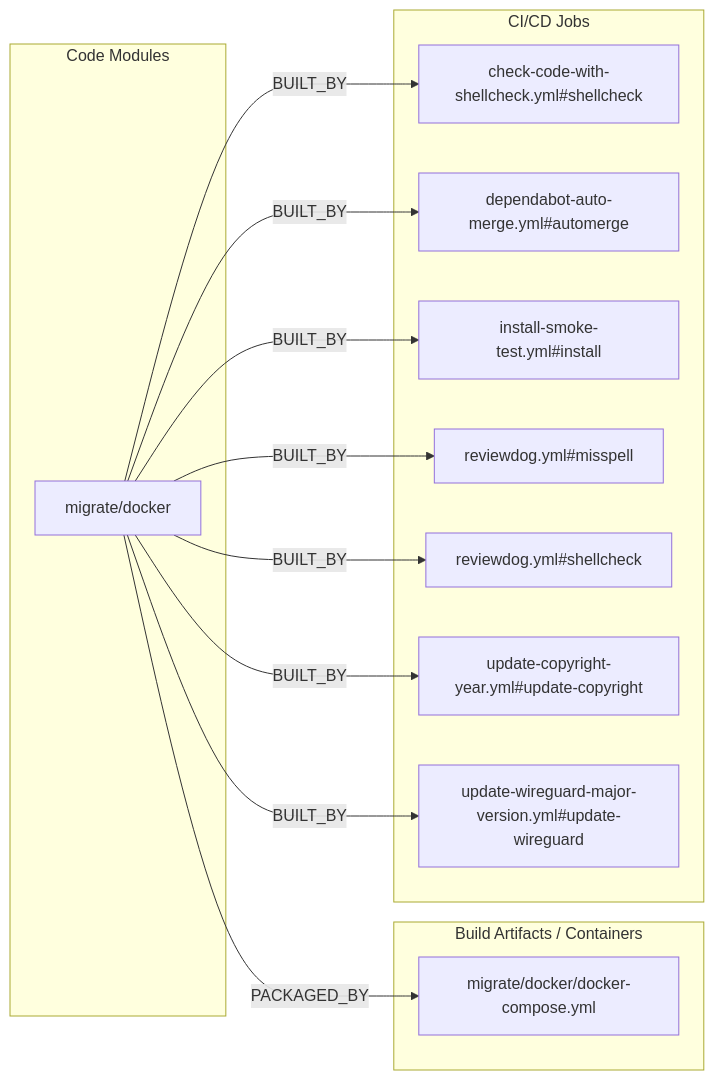
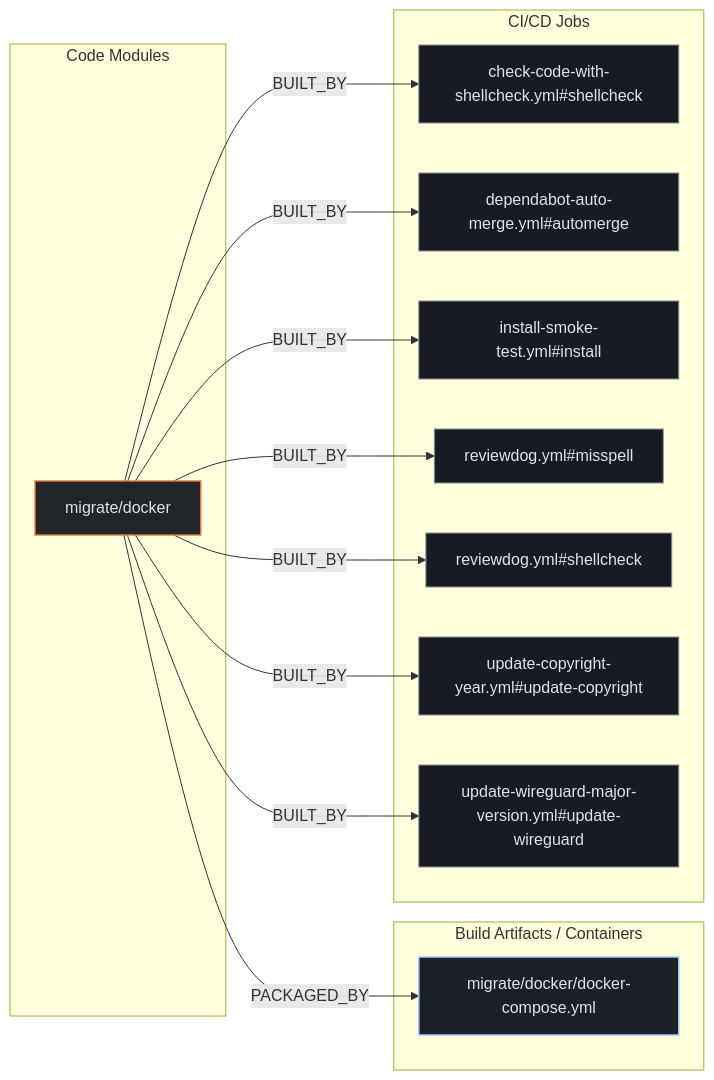
Before and after one commit to kumarshaz/atruss-code-atlas: the second of 3 diagrams in exports/latest/reports/nextcloud-vm-report.md, drawn with Mermaid. The commit also changed other lines of this file and 331 other files, not shown here.

Commit message:
docs,ui,fix: update SDLC docs, reorder CI/CD DAG first, stylize Mermaid, and fix Arc42 pipeline topology

````diff
--- a/exports/latest/reports/nextcloud-vm-report.md
+++ b/exports/latest/reports/nextcloud-vm-report.md
@@ -67,26 +74,30 @@
 ```mermaid
 flowchart LR
+    classDef atlasCategory fill:#212428,stroke:#E87A48,stroke-width:1.5px,color:#dfe3eb
+    classDef atlasWorkflow fill:#1b2026,stroke:#a3c9ff,stroke-width:1.5px,color:#dfe3eb
+    classDef atlasJob fill:#171c22,stroke:#8d9199,stroke-width:1px,color:#dfe3eb
+    classDef atlasTarget fill:#005227,stroke:#8bd99b,stroke-width:1.5px,color:#a7f6b6
     subgraph code_modules["Code Modules"]
-        mod_migrate_docker["migrate/docker"]
+        mod_migrate_docker["migrate/docker"]:::atlasCategory
     end
     subgraph build_artifacts["Build Artifacts / Containers"]
-        art_migrate_docker_docker_compose_yml["migrate/docker/docker-compose.yml"]
+        art_migrate_docker_docker_compose_yml["migrate/docker/docker-compose.yml"]:::atlasWorkflow
     end
     subgraph ci_jobs["CI/CD Jobs"]
-        job_check_code_with_shellcheck_yml_shellcheck["check-code-with-shellcheck.yml#shellcheck"]
-        job_dependabot_auto_merge_yml_automerge["dependabot-auto-merge.yml#automerge"]
-        job_install_smoke_test_yml_install["install-smoke-test.yml#install"]
-        job_reviewdog_yml_misspell["reviewdog.yml#misspell"]
-        job_reviewdog_yml_shellcheck["reviewdog.yml#shellcheck"]
-        job_update_copyright_year_yml_update_copyright["update-copyright-year.yml#update-copyright"]
-        job_update_wireguard_major_version_yml_update_wireguard["update-wireguard-major-version.yml#update-wireguard"]
+        job_check_code_with_shellcheck_yml_shellcheck["check-code-with-shellcheck.yml#shellcheck"]:::atlasJob
+        job_dependabot_auto_merge_yml_automerge["dependabot-auto-merge.yml#automerge"]:::atlasJob
+        job_install_smoke_test_yml_install["install-smoke-test.yml#install"]:::atlasJob
+        job_reviewdog_yml_misspell["reviewdog.yml#misspell"]:::atlasJob
+        job_reviewdog_yml_shellcheck["reviewdog.yml#shellcheck"]:::atlasJob
+        job_update_copyright_year_yml_update_copyright["update-copyright-year.yml#update-copyright"]:::atlasJob
+        job_update_wireguard_major_version_yml_update_wireguard["update-wireguard-major-version.yml#update-wireguard"]:::atlasJob
     end
     mod_migrate_docker -->|BUILT_BY| job_check_code_with_shellcheck_yml_shellcheck
     mod_migrate_docker -->|BUILT_BY| job_dependabot_auto_merge_yml_automerge
     mod_migrate_docker -->|BUILT_BY| job_install_smoke_test_yml_install
     mod_migrate_docker -->|BUILT_BY| job_reviewdog_yml_misspell
     mod_migrate_docker -->|BUILT_BY| job_reviewdog_yml_shellcheck
     mod_migrate_docker -->|BUILT_BY| job_update_copyright_year_yml_update_copyright
     mod_migrate_docker -->|BUILT_BY| job_update_wireguard_major_version_yml_update_wireguard
     mod_migrate_docker -->|PACKAGED_BY| art_migrate_docker_docker_compose_yml
 ```
````
